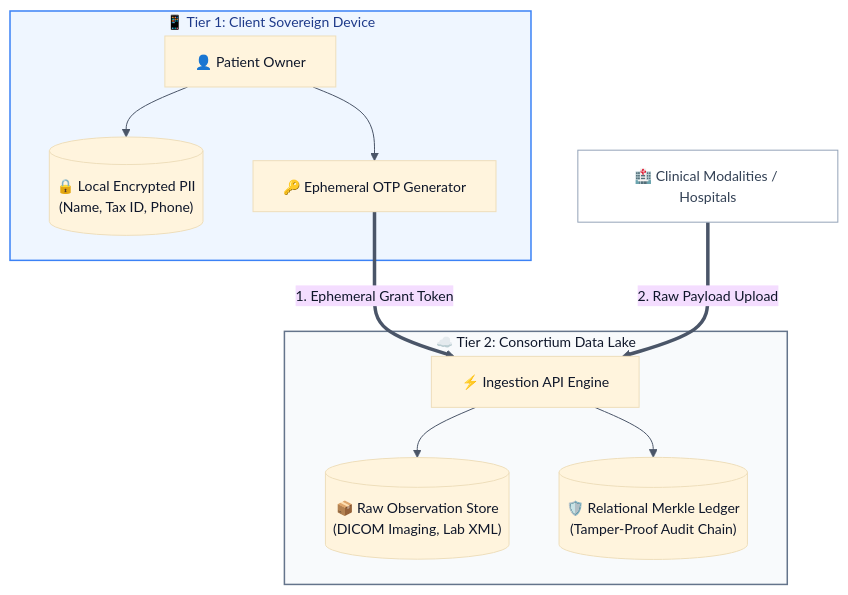
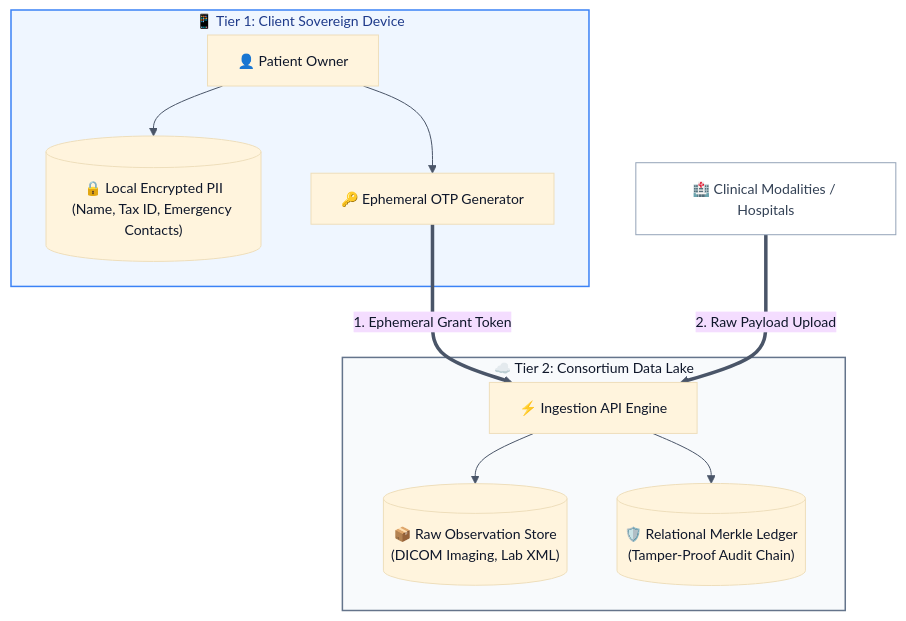
One commit to datalife-ehealth/.github changed the first of 2 diagrams in profile/README.md. Above: the diagram before and after it, drawn with Mermaid. The commit also changed other lines of this file, not shown here.

````diff
--- a/profile/README.md
+++ b/profile/README.md
@@ -43,29 +60,29 @@
 ```mermaid
 %%{init: {'theme': 'base', 'themeVariables': { 'fontSize': '14px', 'primaryTextColor': '#0F172A', 'lineColor': '#4A5568', 'edgeColor': '#4A5568'}}}%%
 flowchart TB
     subgraph Client["📱 Tier 1: Client Sovereign Device"]
         P["👤 Patient Owner"]
-        Vault[("🔒 Local Encrypted PII<br/>(Name, Tax ID, Phone)")]
+        Vault[("🔒 Local Encrypted PII<br/>(Name, Tax ID, Emergency Contacts)")]
         OTPGen["🔑 Ephemeral OTP Generator"]
         P --> Vault
         P --> OTPGen
     end
 
     subgraph Cloud["☁️ Tier 2: Consortium Data Lake"]
         Ingest["⚡ Ingestion API Engine"]
         Lake[("📦 Raw Observation Store<br/>(DICOM Imaging, Lab XML)")]
         Ledger[("🛡️ Relational Merkle Ledger<br/>(Tamper-Proof Audit Chain)")]
         Ingest --> Lake
         Ingest --> Ledger
     end
 
     OTPGen ==>|"1. Ephemeral Grant Token"| Ingest
     Hospital["🏥 Clinical Modalities / Hospitals"] ==>|"2. Raw Payload Upload"| Ingest
 
     classDef c1 fill:#EFF6FF,stroke:#3B82F6,stroke-width:1.5px,color:#1E3A8A;
     classDef c2 fill:#F8FAFC,stroke:#64748B,stroke-width:1.5px,color:#0F172A;
     classDef ext fill:#FFFFFF,stroke:#94A3B8,stroke-width:1px,color:#334155;
     class Client c1;
     class Cloud c2;
     class Hospital ext;
 ```
````
